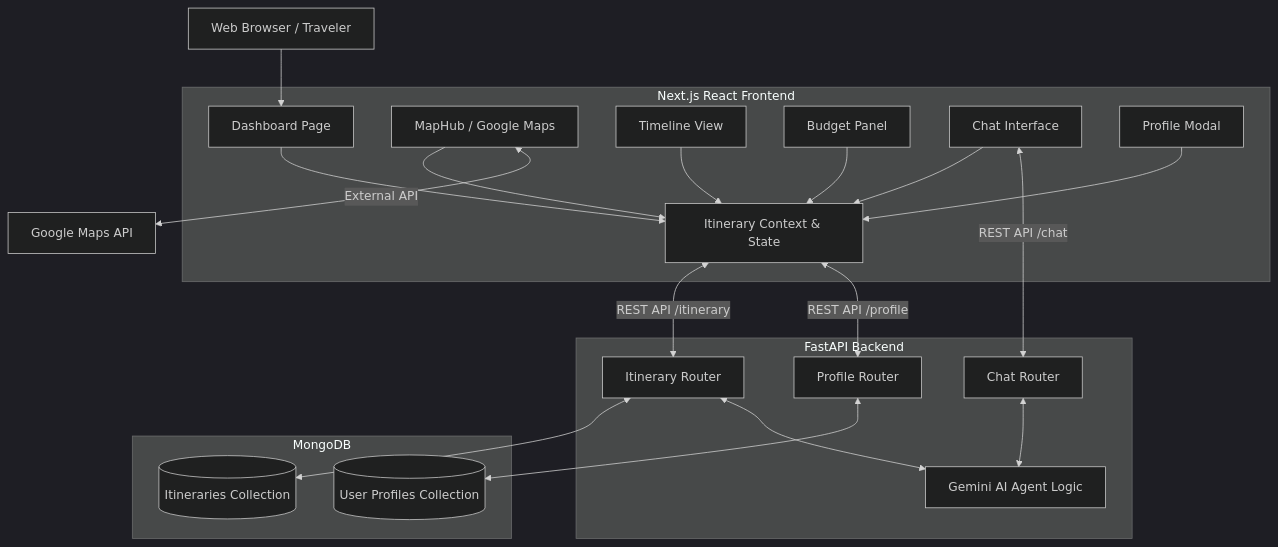
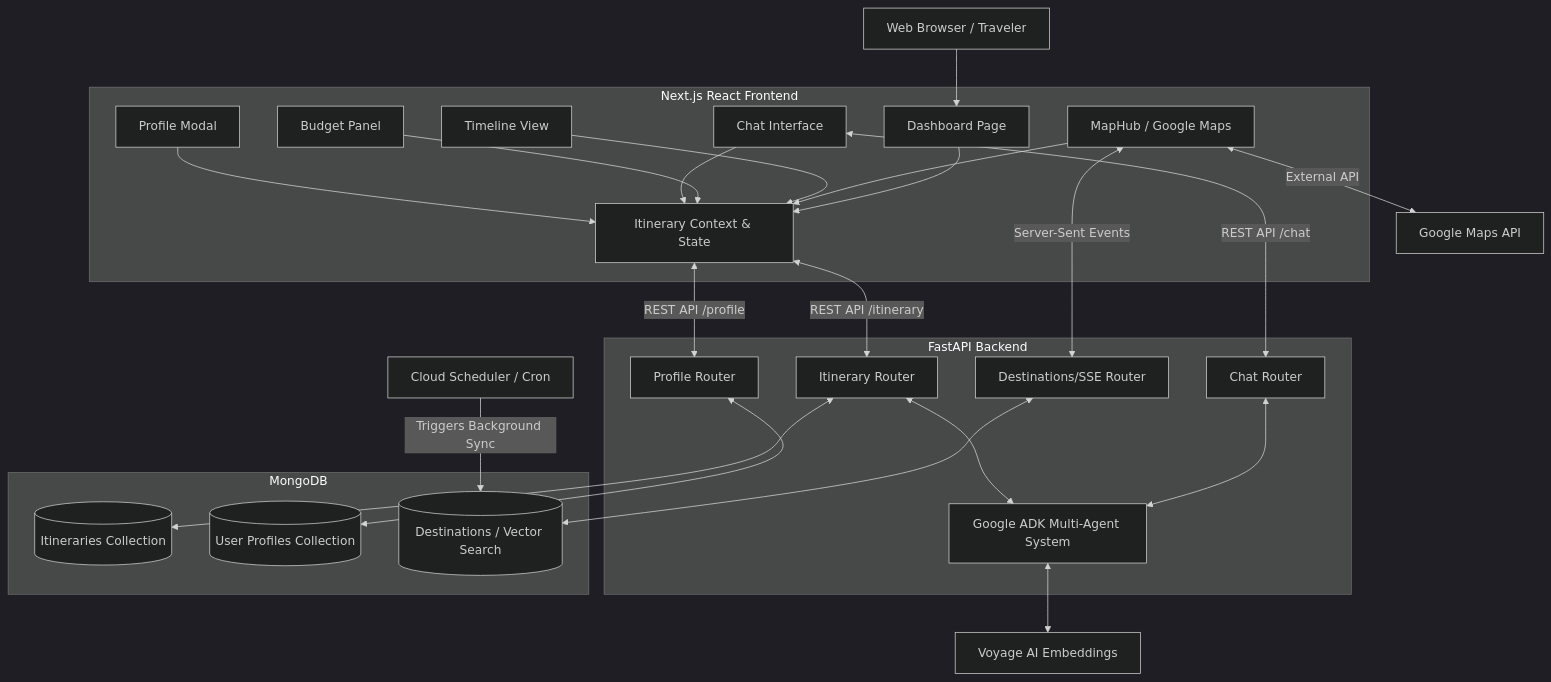
The diagram in ARCHITECTURE.md (kwsang/my-travel-aigent), drawn with Mermaid (dark theme) before and after one commit. The commit also changed other lines of this file and 11 other files, not shown here.

````diff
--- a/ARCHITECTURE.md
+++ b/ARCHITECTURE.md
@@ -7,49 +7,57 @@
 ```mermaid
 graph TD
     Client[Web Browser / Traveler]
 
     subgraph Frontend [Next.js React Frontend]
         Dashboard[Dashboard Page]
         Context[Itinerary Context & State]
         Map[MapHub / Google Maps]
         Timeline[Timeline View]
         Budget[Budget Panel]
         Chat[Chat Interface]
         Profile[Profile Modal]
         
         Dashboard --> Context
         Map --> Context
         Timeline --> Context
         Budget --> Context
         Chat --> Context
         Profile --> Context
     end
 
     subgraph Backend [FastAPI Backend]
         API_Itinerary[Itinerary Router]
         API_Profile[Profile Router]
         API_Chat[Chat Router]
-        Agent[Gemini AI Agent Logic]
+        API_Destinations[Destinations/SSE Router]
+        Agent[Google ADK Multi-Agent System]
     end
 
     subgraph Database [MongoDB]
         DB_Itineraries[(Itineraries Collection)]
         DB_Profiles[(User Profiles Collection)]
+        DB_Destinations[(Destinations / Vector Search)]
     end
 
     GoogleMaps[Google Maps API]
+    VoyageAI[Voyage AI Embeddings]
+    CloudScheduler[Cloud Scheduler / Cron]
 
     %% Connections
     Client --> Dashboard
     Map <-->|External API| GoogleMaps
+    Map <-->|Server-Sent Events| API_Destinations
     
     Context <-->|REST API /itinerary| API_Itinerary
     Context <-->|REST API /profile| API_Profile
     Chat <-->|REST API /chat| API_Chat
 
     API_Itinerary <--> DB_Itineraries
     API_Profile <--> DB_Profiles
+    API_Destinations <--> DB_Destinations
     
     API_Chat <--> Agent
     API_Itinerary <--> Agent
+    Agent <--> VoyageAI
+    CloudScheduler -->|Triggers Background Sync| DB_Destinations
 ```
````
